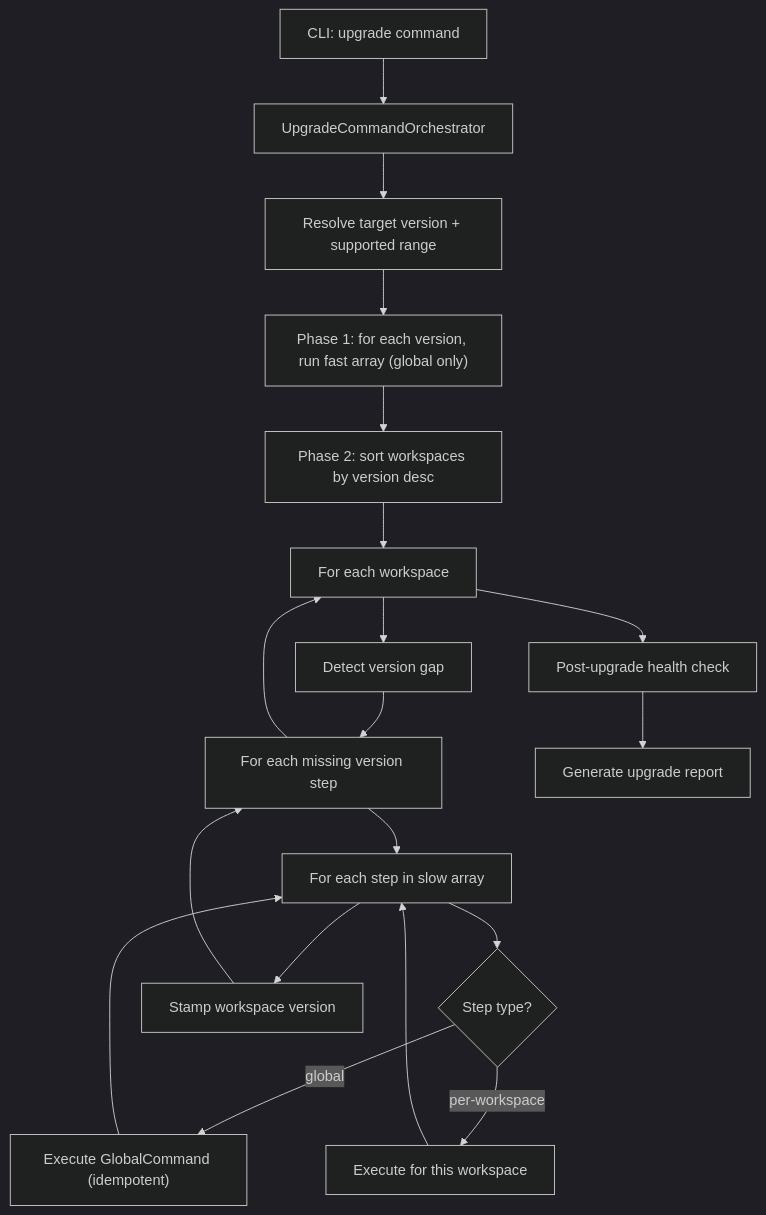
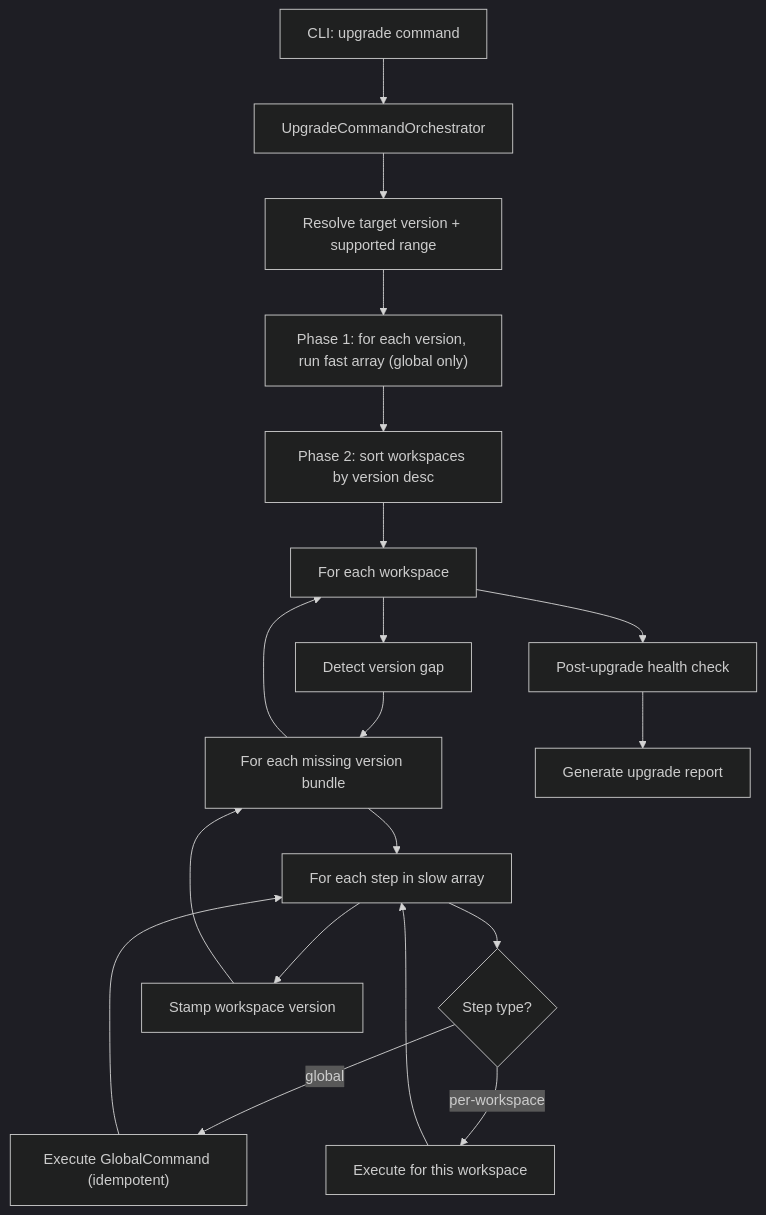
Before and after one commit to devorb1t/twenty: the first of 2 diagrams in docs/upgrade-experience-v2.md, drawn with Mermaid (dark theme). The commit also changed other lines of this file, not shown here.

Commit message:
bundle and steps

````diff
--- a/docs/upgrade-experience-v2.md
+++ b/docs/upgrade-experience-v2.md
@@ -73,21 +78,21 @@
 ```mermaid
 flowchart TD
   CLI["CLI: upgrade command"] --> Orchestrator["UpgradeCommandOrchestrator"]
   Orchestrator --> ResolveTarget["Resolve target version + supported range"]
   ResolveTarget --> FastLoop["Phase 1: for each version, run fast array (global only)"]
   FastLoop --> SortWs["Phase 2: sort workspaces by version desc"]
   SortWs --> WsLoop["For each workspace"]
   WsLoop --> DetectGap["Detect version gap"]
-  DetectGap --> VersionStepLoop["For each missing version step"]
-  VersionStepLoop --> SlowStep["For each step in slow array"]
+  DetectGap --> VersionBundleLoop["For each missing version bundle"]
+  VersionBundleLoop --> SlowStep["For each step in slow array"]
   SlowStep --> IsGlobal{Step type?}
   IsGlobal -->|global| RunGlobal["Execute GlobalCommand (idempotent)"]
   IsGlobal -->|per-workspace| RunPerWs["Execute for this workspace"]
   RunGlobal --> SlowStep
   RunPerWs --> SlowStep
   SlowStep --> StampVersion["Stamp workspace version"]
-  StampVersion --> VersionStepLoop
-  VersionStepLoop --> WsLoop
+  StampVersion --> VersionBundleLoop
+  VersionBundleLoop --> WsLoop
   WsLoop --> HealthCheck["Post-upgrade health check"]
   HealthCheck --> Report["Generate upgrade report"]
 ```
````
